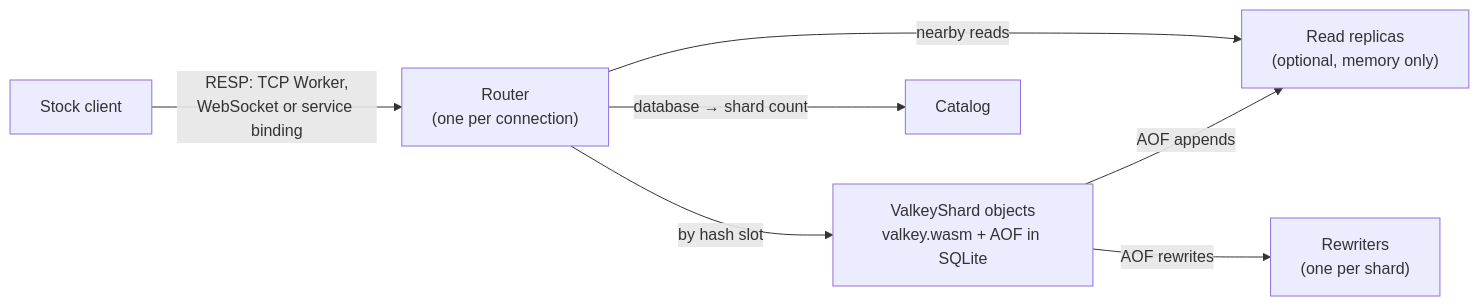
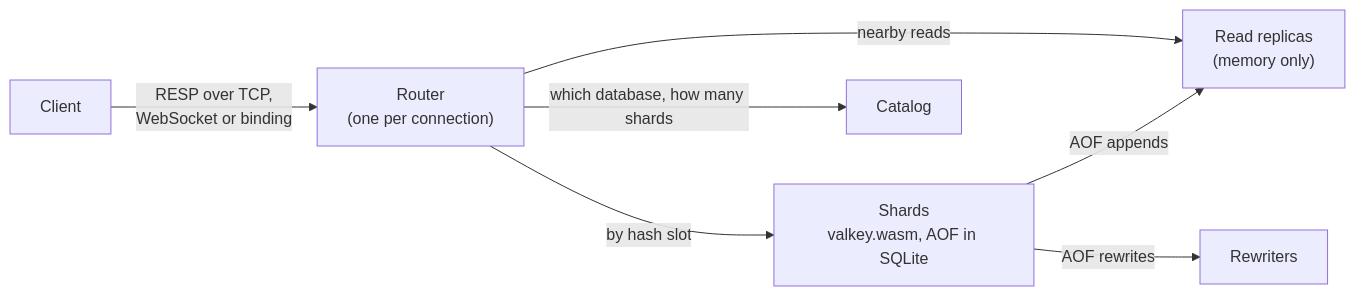
One commit to vaishnav-mk/vado changed the diagram in README.md. Above: the diagram before and after it, drawn with Mermaid. The commit also changed other lines of this file and 1 other file, not shown here.

````diff
--- a/README.md
+++ b/README.md
@@ -26,9 +29,9 @@
 ```mermaid
 flowchart LR
-  client["Stock client"] -- "RESP: TCP Worker,<br/>WebSocket or service binding" --> router["Router<br/>(one per connection)"]
-  router -- "by hash slot" --> shards["ValkeyShard objects<br/>valkey.wasm + AOF in SQLite"]
-  shards -- "AOF appends" --> replicas["Read replicas<br/>(optional, memory only)"]
-  shards -- "AOF rewrites" --> rewriters["Rewriters<br/>(one per shard)"]
+  client["Client"] -- "RESP over TCP,<br/>WebSocket or binding" --> router["Router<br/>(one per connection)"]
+  router -- "by hash slot" --> shards["Shards<br/>valkey.wasm, AOF in SQLite"]
+  shards -- "AOF appends" --> replicas["Read replicas<br/>(memory only)"]
+  shards -- "AOF rewrites" --> rewriters["Rewriters"]
   router -- "nearby reads" --> replicas
-  router -- "database → shard count" --> catalog["Catalog"]
+  router -- "which database, how many shards" --> catalog["Catalog"]
 ```
````
